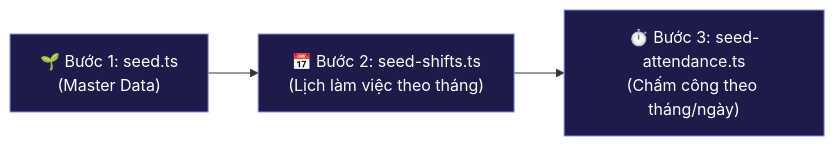
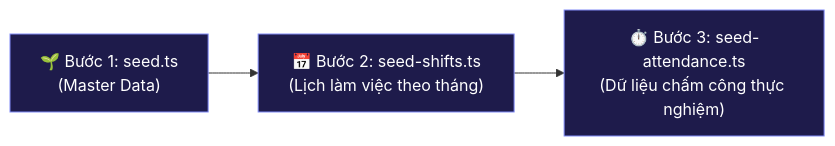
One commit to anh1303/SmartFace-AIoT-Based-Staff-Management-Attendance-System changed the fifth of 5 diagrams in backend/prisma/README.md. Above: the diagram before and after it, drawn with Mermaid. The commit also changed other lines of this file, not shown here.

````diff
--- a/backend/prisma/README.md
+++ b/backend/prisma/README.md
@@ -276,9 +581,9 @@
 ```mermaid
 flowchart LR
     A["🌱 Bước 1: seed.ts<br/>(Master Data)"] --> B["📅 Bước 2: seed-shifts.ts<br/>(Lịch làm việc theo tháng)"]
-    B --> C["⏱️ Bước 3: seed-attendance.ts<br/>(Chấm công theo tháng/ngày)"]
+    B --> C["⏱️ Bước 3: seed-attendance.ts<br/>(Dữ liệu chấm công thực nghiệm)"]
     
     style A fill:#1e1b4b,stroke:#818cf8,color:#fff
     style B fill:#1e1b4b,stroke:#818cf8,color:#fff
     style C fill:#1e1b4b,stroke:#818cf8,color:#fff
 ```
````
